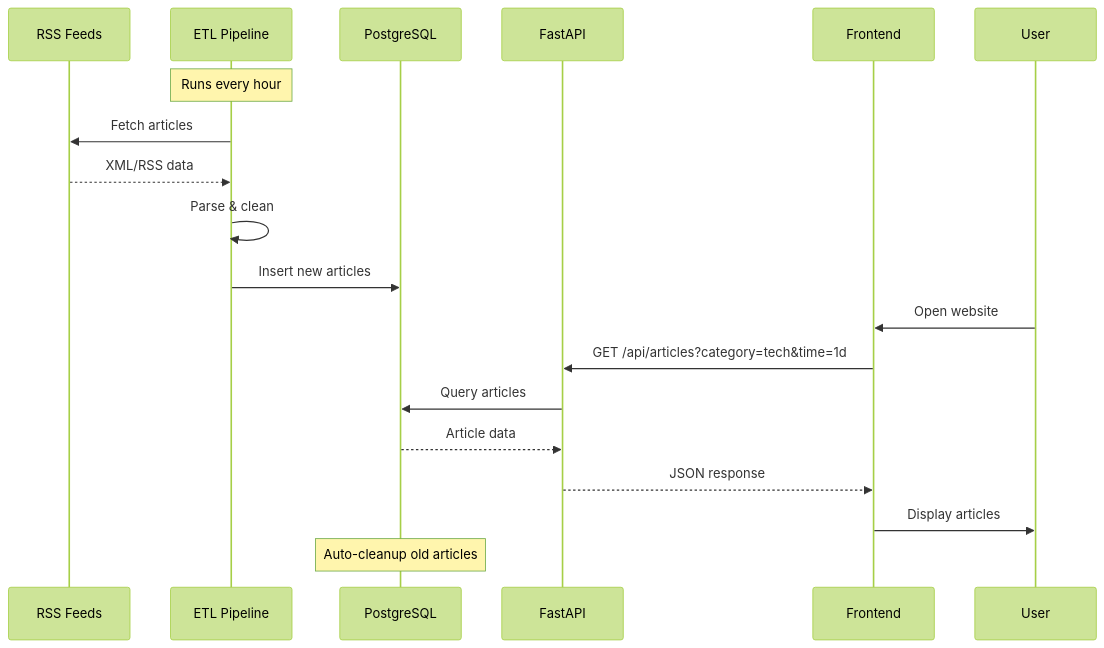
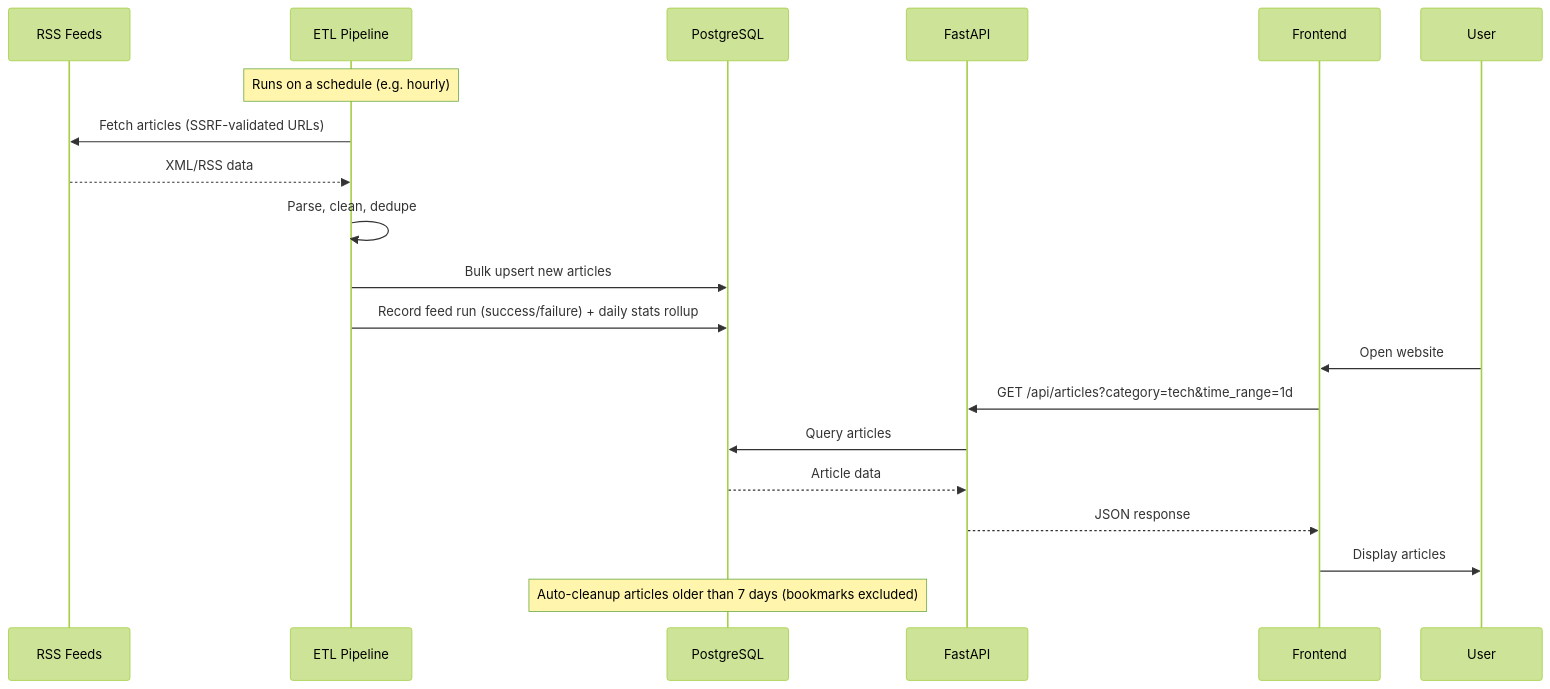
One commit to divijkulshrestha/news_aggregator changed the diagram in README.md. Above: the diagram before and after it, drawn with Mermaid (forest theme). The commit also changed other lines of this file, not shown here.

````diff
--- a/README.md
+++ b/README.md
@@ -47,24 +42,25 @@
 ```mermaid
 sequenceDiagram
     participant RSS as RSS Feeds
     participant ETL as ETL Pipeline
     participant DB as PostgreSQL
     participant API as FastAPI
     participant UI as Frontend
     participant User as User
-    
-    Note over ETL: Runs every hour
-    ETL->>RSS: Fetch articles
+
+    Note over ETL: Runs on a schedule (e.g. hourly)
+    ETL->>RSS: Fetch articles (SSRF-validated URLs)
     RSS-->>ETL: XML/RSS data
-    ETL->>ETL: Parse & clean
-    ETL->>DB: Insert new articles
-    
+    ETL->>ETL: Parse, clean, dedupe
+    ETL->>DB: Bulk upsert new articles
+    ETL->>DB: Record feed run (success/failure) + daily stats rollup
+
     User->>UI: Open website
-    UI->>API: GET /api/articles?category=tech&time=1d
+    UI->>API: GET /api/articles?category=tech&time_range=1d
     API->>DB: Query articles
     DB-->>API: Article data
     API-->>UI: JSON response
     UI->>User: Display articles
-    
-    Note over DB: Auto-cleanup old articles
+
+    Note over DB: Auto-cleanup articles older than 7 days (bookmarks excluded)
 ```
````
